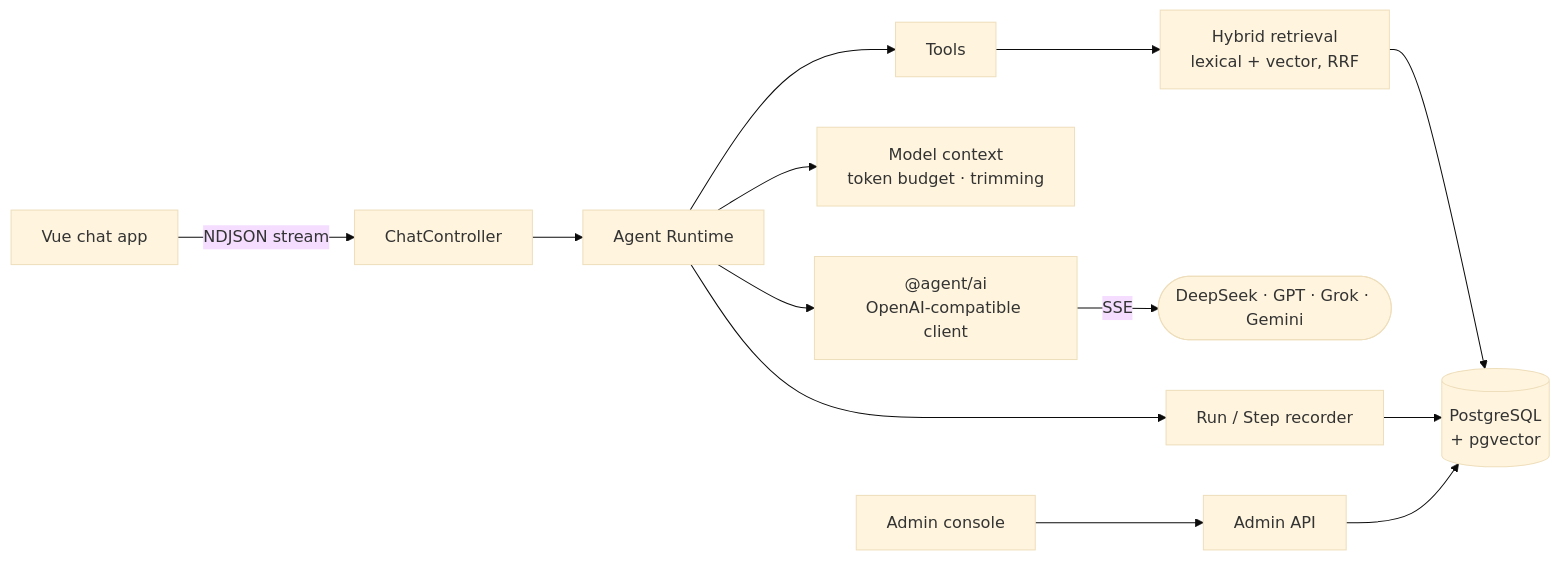
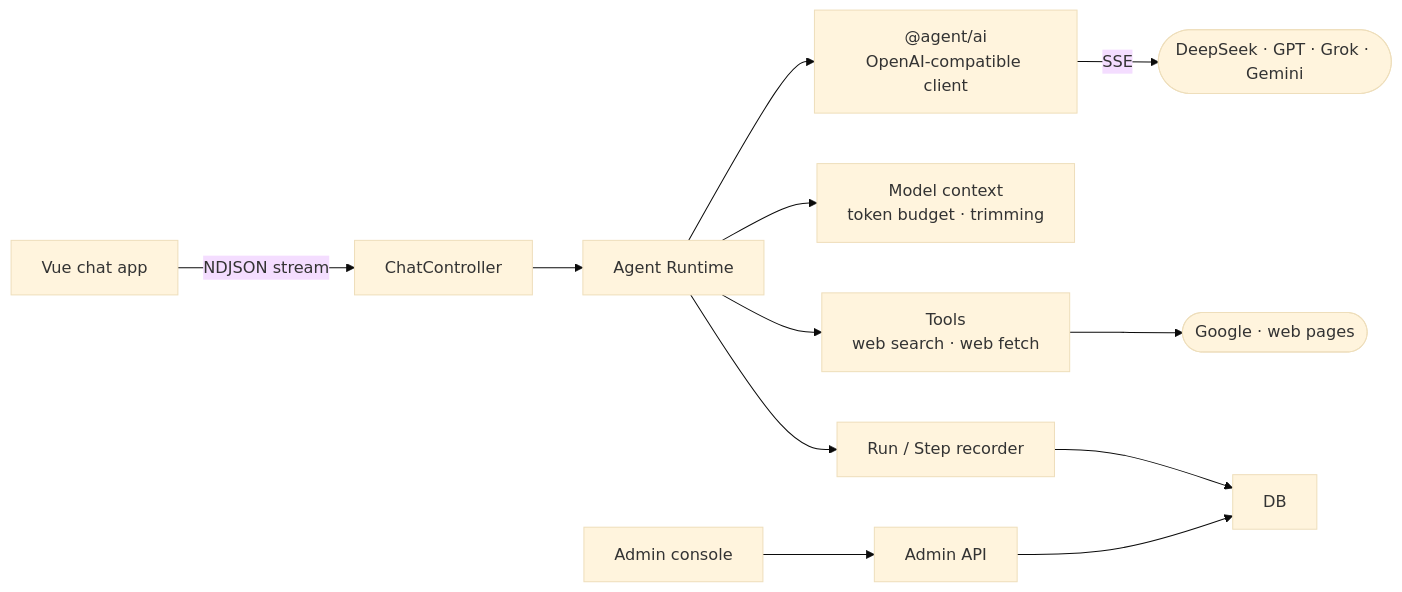
Before and after one commit to zqf20096327/dbhub_collect: the diagram in data/readmes/mufeiyu-ayu__agent.md, drawn with Mermaid (base theme). The commit also changed other lines of this file and 377 other files, not shown here.

````diff
--- a/data/readmes/mufeiyu-ayu__agent.md
+++ b/data/readmes/mufeiyu-ayu__agent.md
@@ -93,13 +93,12 @@
 ```mermaid
 flowchart LR
     Web[Vue chat app] -->|NDJSON stream| API[ChatController]
     Admin[Admin console] --> AdminAPI[Admin API]
     API --> Runtime[Agent Runtime]
     Runtime --> Context[Model context<br/>token budget · trimming]
     Runtime --> LLM["@agent/ai<br/>OpenAI-compatible client"]
     LLM -->|SSE| Providers([DeepSeek · GPT · Grok · Gemini])
-    Runtime --> Tools[Tools] --> Retrieval[Hybrid retrieval<br/>lexical + vector, RRF]
-    Retrieval --> DB[(PostgreSQL<br/>+ pgvector)]
+    Runtime --> Tools[Tools<br/>web search · web fetch] --> Internet([Google · web pages])
     Runtime --> Recorder[Run / Step recorder] --> DB
     AdminAPI --> DB
 ```
````
